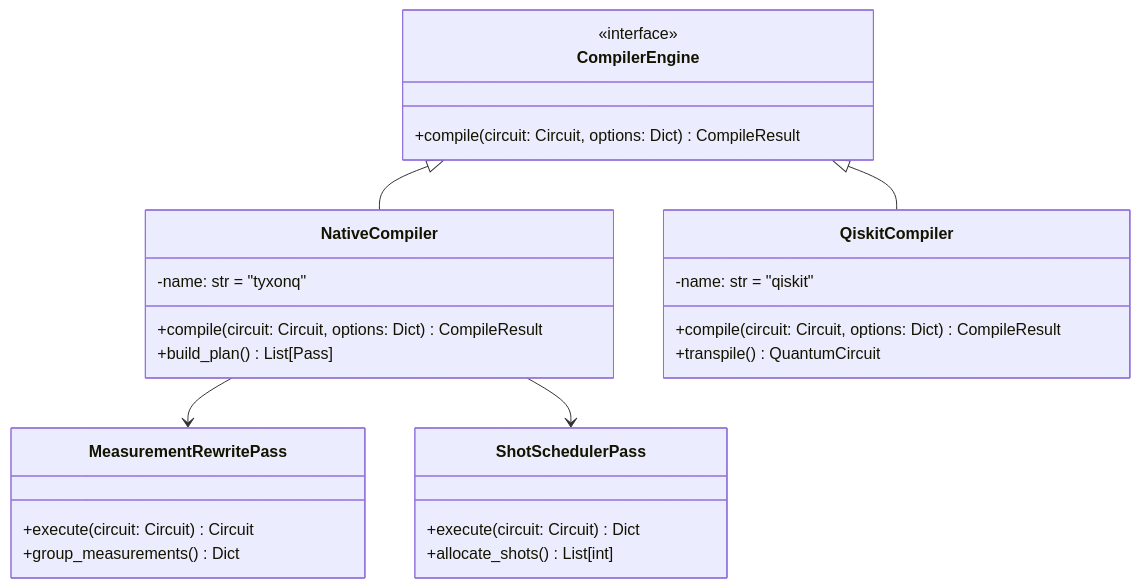
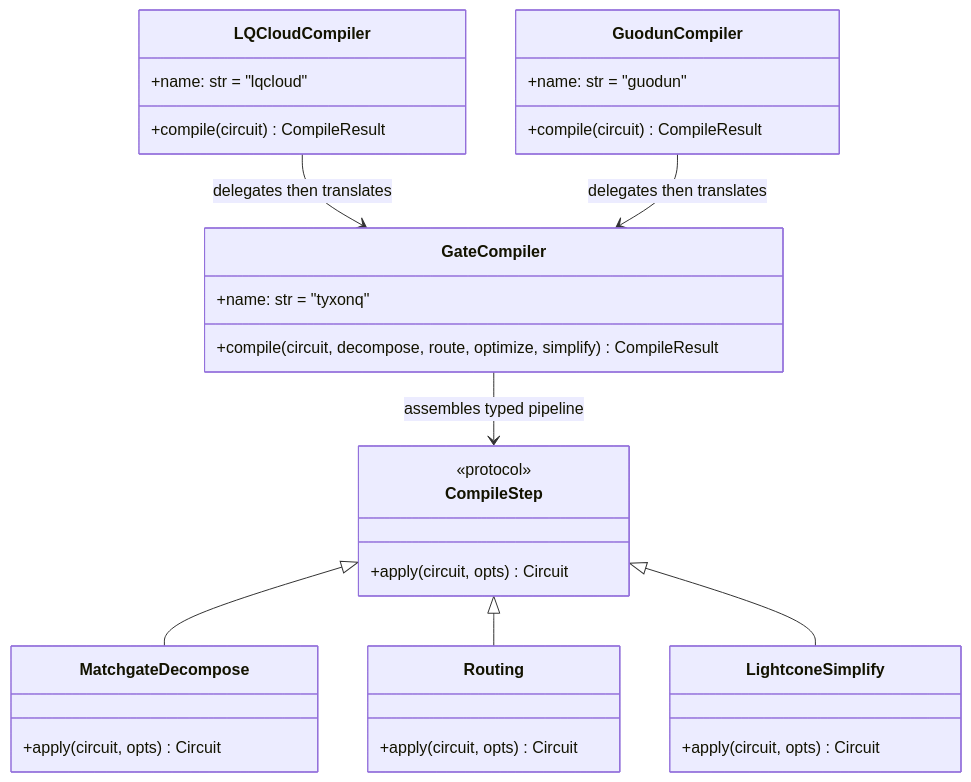
One commit to QureGenAI-Biotech/TyxonQ changed the second of 5 diagrams in TYXONQ_TECHNICAL_WHITEPAPER.md. Above: the diagram before and after it, drawn with Mermaid. The commit also changed other lines of this file and 22 other files, not shown here.

````diff
--- a/TYXONQ_TECHNICAL_WHITEPAPER.md
+++ b/TYXONQ_TECHNICAL_WHITEPAPER.md
@@ -176,34 +178,39 @@
 ```mermaid
 classDiagram
-    class CompilerEngine {
-        <<interface>>
-        +compile(circuit: Circuit, options: Dict) CompileResult
+    class CompileStep {
+        <<protocol>>
+        +apply(circuit, opts) Circuit
     }
     
-    class NativeCompiler {
-        -name: str = "tyxonq"
-        +compile(circuit: Circuit, options: Dict) CompileResult
-        +build_plan() List[Pass]
+    class GateCompiler {
+        +name: str = "tyxonq"
+        +compile(circuit, decompose, route, optimize, simplify) CompileResult
     }
     
-    class QiskitCompiler {
-        -name: str = "qiskit"
-        +compile(circuit: Circuit, options: Dict) CompileResult
-        +transpile() QuantumCircuit
+    class Routing {
+        +apply(circuit, opts) Circuit
+    }
+    class MatchgateDecompose {
+        +apply(circuit, opts) Circuit
     }
     
-    class MeasurementRewritePass {
-        +execute(circuit: Circuit) Circuit
-        +group_measurements() Dict
+    class LQCloudCompiler {
+        +name: str = "lqcloud"
+        +compile(circuit) CompileResult
     }
     
-    class ShotSchedulerPass {
-        +execute(circuit: Circuit) Dict
-        +allocate_shots() List[int]
+    class GuodunCompiler {
+        +name: str = "guodun"
+        +compile(circuit) CompileResult
+    }
+    class LightconeSimplify {
+        +apply(circuit, opts) Circuit
     }
     
-    CompilerEngine <|-- NativeCompiler
-    CompilerEngine <|-- QiskitCompiler
-    NativeCompiler --> MeasurementRewritePass
-    NativeCompiler --> ShotSchedulerPass
+    GateCompiler --> CompileStep : assembles typed pipeline
+    CompileStep <|-- MatchgateDecompose
+    CompileStep <|-- Routing
+    CompileStep <|-- LightconeSimplify
+    LQCloudCompiler --> GateCompiler : delegates then translates
+    GuodunCompiler --> GateCompiler : delegates then translates
 ```
````
